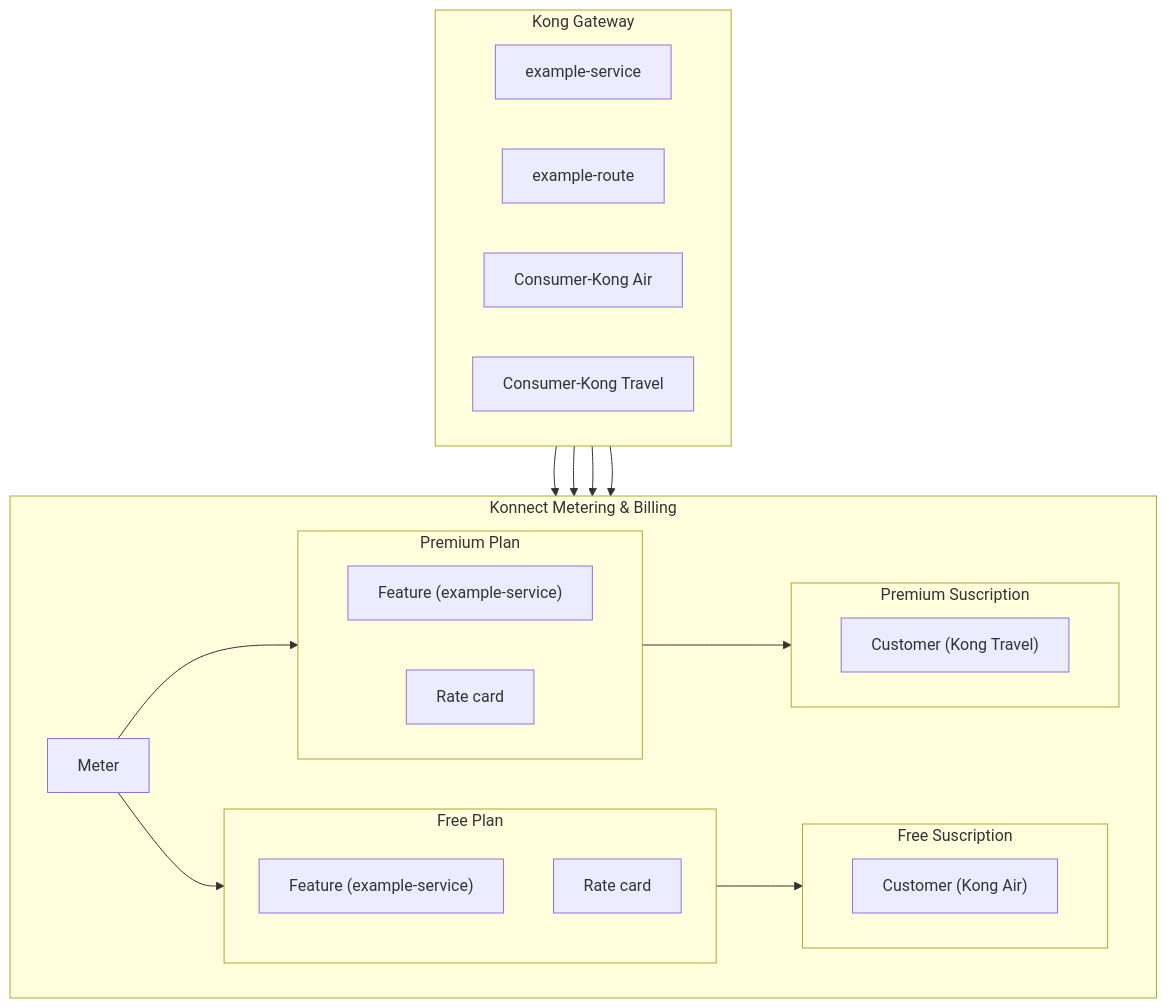
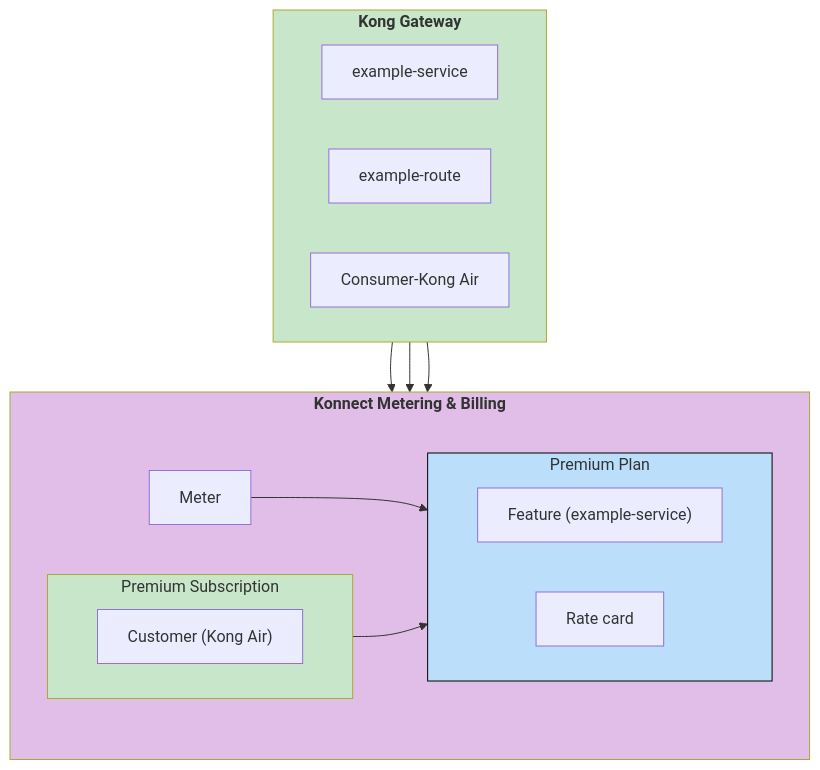
The diagram in app/_how-tos/get-started-with-metering-and-billing.md (Kong/developer.konghq.com), drawn with Mermaid before and after one commit. The commit also changed other lines of this file, not shown here.

Commit message:
Fix diagram, dev edit

```diff
--- a/app/_how-tos/get-started-with-metering-and-billing.md
+++ b/app/_how-tos/get-started-with-metering-and-billing.md
@@ -73,40 +73,32 @@
 {% mermaid %}
 flowchart TB
-  subgraph gateway["Kong Gateway"]
+  subgraph gateway["<b>Kong Gateway</b>"]
     direction LR
         service["example-service"]
         route["example-route"]
         consumer1["Consumer-Kong Air"]
-        consumer2["Consumer-Kong Travel"]
   end
-  subgraph metering["Konnect Metering & Billing"]
+  subgraph metering["<b>Konnect Metering & Billing</b>"]
     direction LR
         meter["Meter"]
-    subgraph plan1["Free Plan"]
-      direction TD
-        feature1["Feature (example-service)"]
-        rate-card1["Rate card"]
-    end
-    subgraph plan2["Premium Plan"]
+    subgraph plan["Premium Plan"]
       direction LR
           feature2["Feature (example-service)"]
           rate-card2["Rate card"]
     end
-    subgraph subscription2["Free Suscription"]
+    subgraph subscription["Premium Subscription"]
       direction LR
-          customer2["Customer (Kong Air)"]
-    end
-    subgraph subscription1["Premium Suscription"]
-      direction LR
-          customer1["Customer (Kong Travel)"]
+          customer1["Customer (Kong Air)"]
     end
   end
     gateway --> metering
     service --> meter
-    meter --> feature1
     meter --> feature2
-    consumer1 --> customer2
-    consumer2 --> customer1
-    plan1 --> subscription2
-    plan2 --> subscription1
+    consumer1 --> customer1
+    subscription --> plan
+
+    style plan stroke:#000000,fill:#BBDEFB
+    style subscription fill:#C8E6C9
+    style gateway fill:#C8E6C9
+    style metering fill:#E1BEE7
 {% endmermaid %}
```
